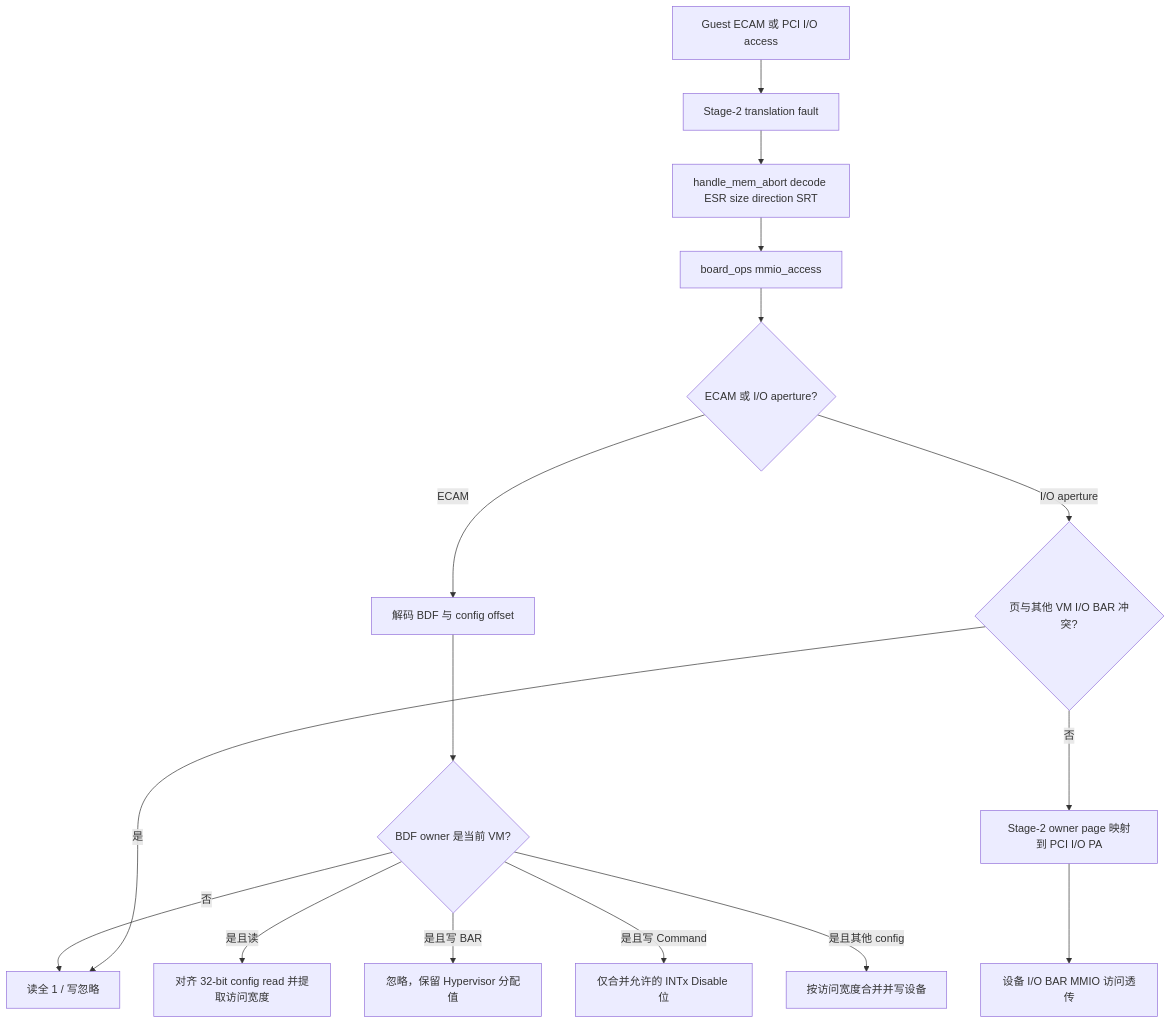
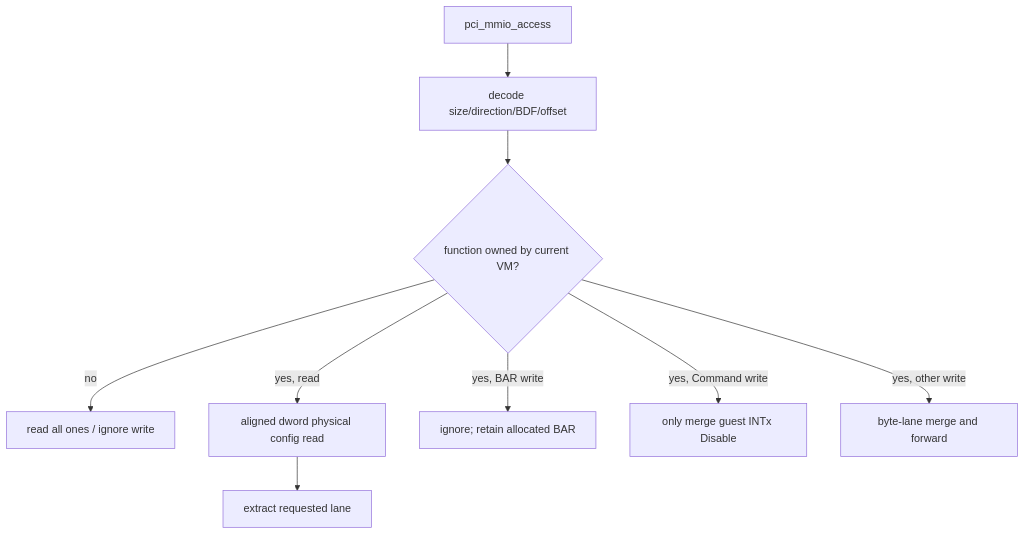
One commit to huangtan203/avisor changed the second of 4 diagrams in docs/Phase110_ECAM模拟与IO_BAR直通_详细设计文档.md. Above: the diagram before and after it, drawn with Mermaid. The commit also changed other lines of this file, not shown here.

Commit message:
docs(pci): rebuild Phase 110 ECAM design

````diff
--- a/docs/Phase110_ECAM模拟与IO_BAR直通_详细设计文档.md
+++ b/docs/Phase110_ECAM模拟与IO_BAR直通_详细设计文档.md
@@ -15,18 +36,11 @@
 ```mermaid
 flowchart TD
-    A[Guest ECAM 或 PCI I/O access] --> B[Stage-2 translation fault]
-    B --> C[handle_mem_abort decode ESR size direction SRT]
-    C --> D[board_ops mmio_access]
-    D --> E{ECAM 或 I/O aperture?}
-    E -->|ECAM| F[解码 BDF 与 config offset]
-    F --> G{BDF owner 是当前 VM?}
-    G -->|否| H[读全 1 / 写忽略]
-    G -->|是且读| I[对齐 32-bit config read 并提取访问宽度]
-    G -->|是且写 BAR| J[忽略，保留 Hypervisor 分配值]
-    G -->|是且写 Command| K[仅合并允许的 INTx Disable 位]
-    G -->|是且其他 config| L[按访问宽度合并并写设备]
-    E -->|I/O aperture| M{页与其他 VM I/O BAR 冲突?}
-    M -->|是| H
-    M -->|否| N[Stage-2 owner page 映射到 PCI I/O PA]
-    N --> O[设备 I/O BAR MMIO 访问透传]
+    A[pci_mmio_access] --> B[decode size/direction/BDF/offset]
+    B --> C{function owned by current VM?}
+    C -->|no| D[read all ones / ignore write]
+    C -->|yes, read| E[aligned dword physical config read]
+    E --> F[extract requested lane]
+    C -->|yes, BAR write| G[ignore; retain allocated BAR]
+    C -->|yes, Command write| H[only merge guest INTx Disable]
+    C -->|yes, other write| I[byte-lane merge and forward]
 ```
````
